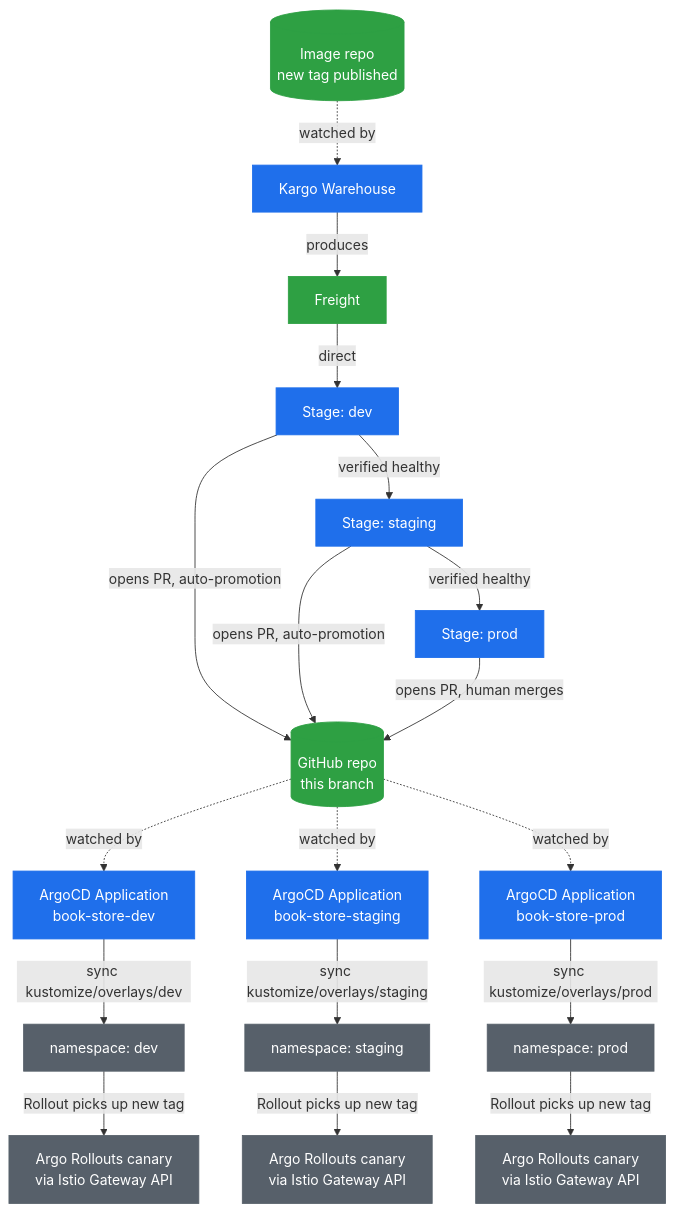
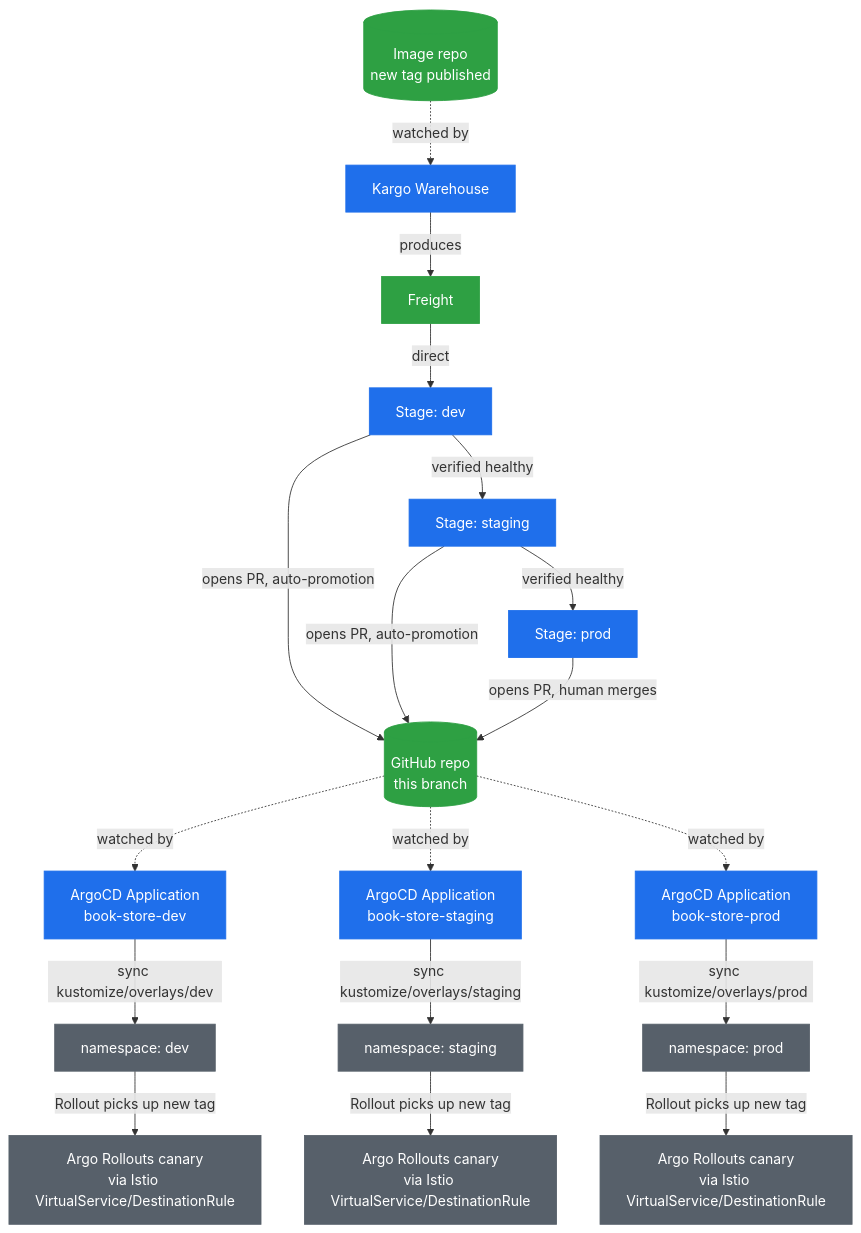
One commit to atkaridarshan04/cloudnative-devops-blueprint changed the second of 3 diagrams in README.md. Above: the diagram before and after it, drawn with Mermaid. The commit also changed other lines of this file and 5 other files, not shown here.

Commit message:
update README and ArgoCD configurations for Istio-native traffic management; add ignoreDifferences for Rollouts canary weight and subset labels

````diff
--- a/README.md
+++ b/README.md
@@ -105,33 +111,33 @@
 ```mermaid
 flowchart TD
     GHCR[("Image repo<br/>new tag published")] -.->|watched by| WH[Kargo Warehouse]
     WH -->|produces| Freight[Freight]
 
     Freight -->|direct| Dev[Stage: dev]
     Dev -->|verified healthy| Staging[Stage: staging]
     Staging -->|verified healthy| Prod[Stage: prod]
 
     Dev -->|opens PR, auto-promotion| Git[("GitHub repo<br/>this branch")]
     Staging -->|opens PR, auto-promotion| Git
     Prod -->|opens PR, human merges| Git
 
     Git -.->|watched by| AppDev[ArgoCD Application<br/>book-store-dev]
     Git -.->|watched by| AppStaging[ArgoCD Application<br/>book-store-staging]
     Git -.->|watched by| AppProd[ArgoCD Application<br/>book-store-prod]
 
     AppDev -->|sync kustomize/overlays/dev| NsDev[namespace: dev]
     AppStaging -->|sync kustomize/overlays/staging| NsStaging[namespace: staging]
     AppProd -->|sync kustomize/overlays/prod| NsProd[namespace: prod]
 
-    NsDev -->|Rollout picks up new tag| CanaryDev[Argo Rollouts canary<br/>via Istio Gateway API]
-    NsStaging -->|Rollout picks up new tag| CanaryStaging[Argo Rollouts canary<br/>via Istio Gateway API]
-    NsProd -->|Rollout picks up new tag| CanaryProd[Argo Rollouts canary<br/>via Istio Gateway API]
+    NsDev -->|Rollout picks up new tag| CanaryDev[Argo Rollouts canary<br/>via Istio VirtualService/DestinationRule]
+    NsStaging -->|Rollout picks up new tag| CanaryStaging[Argo Rollouts canary<br/>via Istio VirtualService/DestinationRule]
+    NsProd -->|Rollout picks up new tag| CanaryProd[Argo Rollouts canary<br/>via Istio VirtualService/DestinationRule]
 
     classDef store fill:#2ea043,color:#fff,stroke:#2ea043
     classDef controller fill:#1f6feb,color:#fff,stroke:#1f6feb
     classDef workload fill:#57606a,color:#fff,stroke:#57606a
 
     class GHCR,Freight,Git store
     class WH,Dev,Staging,Prod,AppDev,AppStaging,AppProd controller
     class NsDev,NsStaging,NsProd,CanaryDev,CanaryStaging,CanaryProd workload
 ```
````
